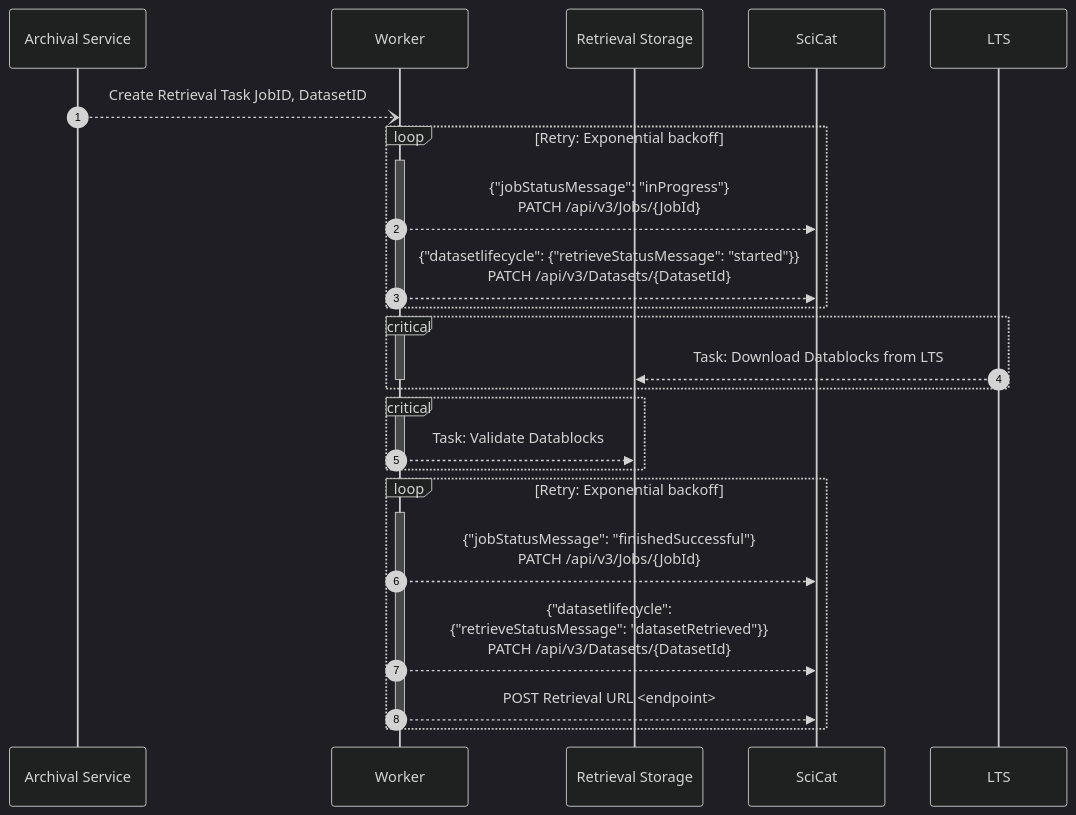
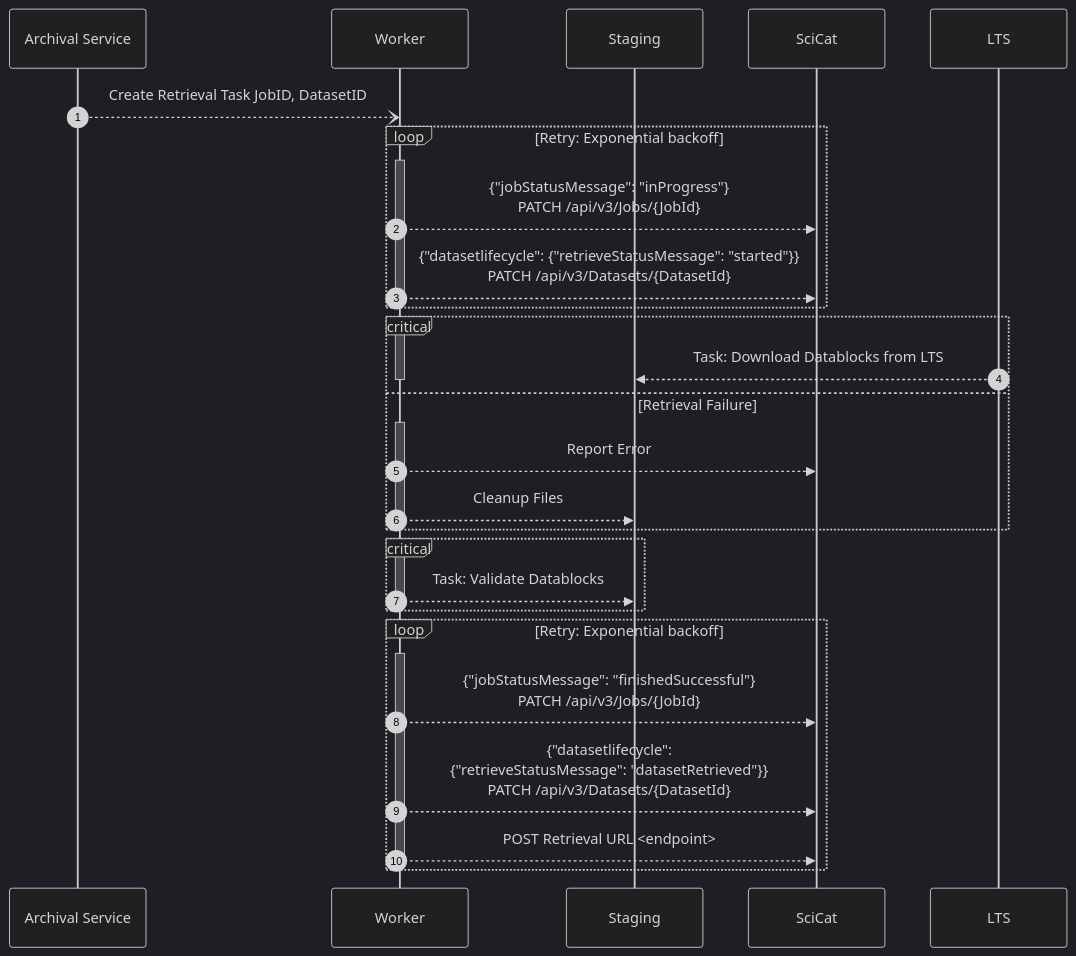
Before and after one commit to SwissOpenEM/ScopeMArchiver: the third of 3 diagrams in backend/archiver/readMe.md, drawn with Mermaid (dark theme). The commit also changed other lines of this file and 10 other files, not shown here.

Commit message:
Add unit tests for scicat integration of archival flow

````diff
--- a/backend/archiver/readMe.md
+++ b/backend/archiver/readMe.md
@@ -130,35 +130,40 @@
 ```mermaid
 sequenceDiagram
   autonumber
   participant AS as Archival Service
   participant J as Worker
-  participant R as Retrieval Storage
+  participant R as Staging
   participant S as SciCat
   participant LTS as LTS
 
   AS --) J: Create Retrieval Task JobID, DatasetID
   loop Retry: Exponential backoff
     activate J
       J -->> S: {"jobStatusMessage": "inProgress"}   <br> PATCH /api/v3/Jobs/{JobId}
       J -->> S: {"datasetlifecycle": {"retrieveStatusMessage": "started"}}   <br> PATCH /api/v3/Datasets/{DatasetId}
     deactivate J
   end
   critical
     activate J
     LTS -->> R: Task: Download Datablocks from LTS
+    deactivate J
+  option Retrieval Failure
+    activate J
+    J -->> S: Report Error
+    J -->> R: Cleanup Files
     deactivate J
   end
   critical
     activate J
     J -->> R: Task: Validate Datablocks
     deactivate J
   end
   loop Retry: Exponential backoff
     activate J
     J -->> S: {"jobStatusMessage": "finishedSuccessful"}   <br> PATCH /api/v3/Jobs/{JobId}
     J -->> S: {"datasetlifecycle":<br> {"retrieveStatusMessage": "datasetRetrieved"}}<br> PATCH /api/v3/Datasets/{DatasetId}
     J -->> S: POST Retrieval URL <endpoint>
     deactivate J
   end 
 
 ```
````
